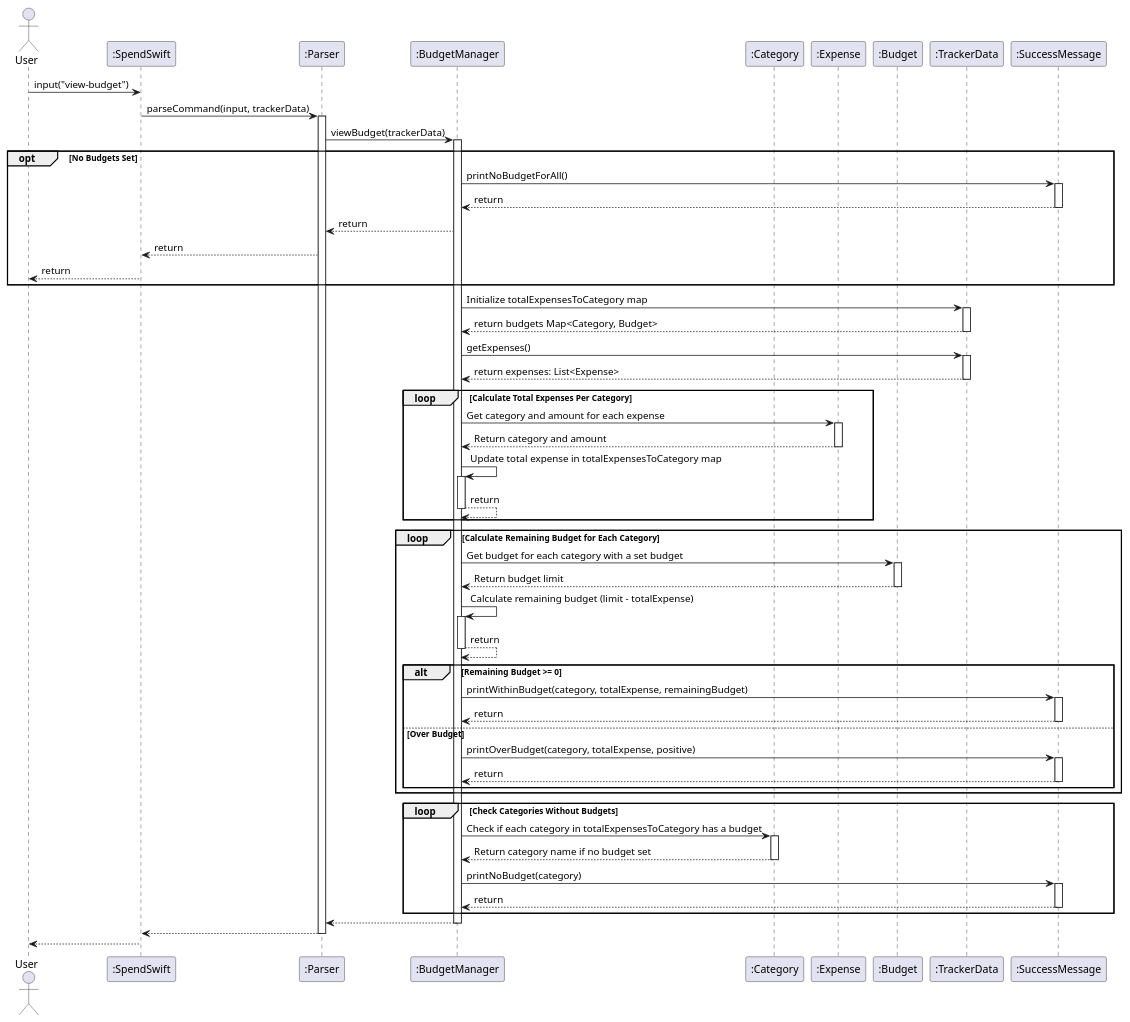
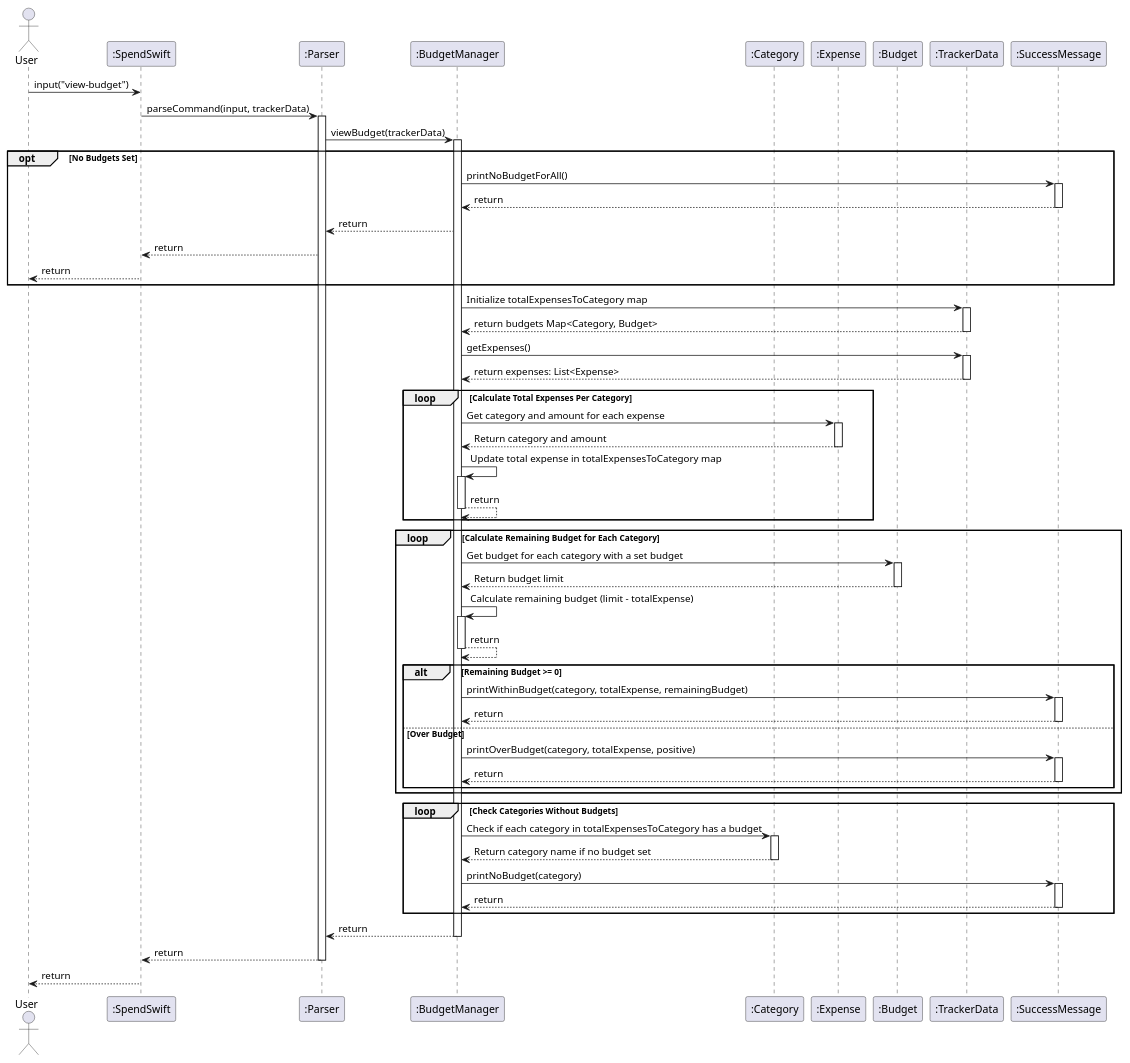
One commit to nus-cs2113-AY2425S1/tp changed the diagram in docs/diagrams/ViewBudget.puml. Above: the diagram before and after it, drawn with PlantUML. The commit also changed 9 other files, not shown here.

Commit message:
Refactor sequence diagrams for consistency

```diff
--- a/docs/diagrams/ViewBudget.puml
+++ b/docs/diagrams/ViewBudget.puml
@@ -1,93 +1,93 @@
 @startuml
 
 actor User
 participant ":SpendSwift" as SpendSwift
 participant ":Parser" as Parser
 participant ":BudgetManager" as BudgetManager
 participant ":Category" as Category
 participant ":Expense" as Expense
 participant ":Budget" as Budget
 participant ":TrackerData" as TrackerData
 participant ":SuccessMessage" as SuccessMessage
 
 User -> SpendSwift : input("view-budget")
 SpendSwift -> Parser : parseCommand(input, trackerData)
 
 activate Parser
 Parser -> BudgetManager : viewBudget(trackerData)
 activate BudgetManager
 
 opt No Budgets Set
     BudgetManager -> SuccessMessage : printNoBudgetForAll()
     activate SuccessMessage
     SuccessMessage --> BudgetManager : return
     deactivate SuccessMessage
     BudgetManager --> Parser : return
     Parser --> SpendSwift : return
     SpendSwift --> User : return
 end
 
     BudgetManager -> TrackerData : Initialize totalExpensesToCategory map
     activate TrackerData
     TrackerData --> BudgetManager : return budgets Map<Category, Budget>
     deactivate TrackerData
 
     BudgetManager -> TrackerData : getExpenses()
     activate TrackerData
     TrackerData --> BudgetManager : return expenses: List<Expense>
     deactivate TrackerData
 
     loop Calculate Total Expenses Per Category
         BudgetManager -> Expense : Get category and amount for each expense
         activate Expense
         Expense --> BudgetManager : Return category and amount
         deactivate Expense
 
         BudgetManager -> BudgetManager : Update total expense in totalExpensesToCategory map
         activate BudgetManager
             BudgetManager --> BudgetManager : return
         deactivate BudgetManager
     end
 
     loop Calculate Remaining Budget for Each Category
         BudgetManager -> Budget : Get budget for each category with a set budget
         activate Budget
         Budget --> BudgetManager : Return budget limit
         deactivate Budget
 
         BudgetManager -> BudgetManager : Calculate remaining budget (limit - totalExpense)
         activate BudgetManager
         BudgetManager --> BudgetManager : return
         deactivate BudgetManager
 
         alt Remaining Budget >= 0
             BudgetManager -> SuccessMessage : printWithinBudget(category, totalExpense, remainingBudget)
             activate SuccessMessage
             SuccessMessage --> BudgetManager : return
             deactivate SuccessMessage
         else Over Budget
             BudgetManager -> SuccessMessage : printOverBudget(category, totalExpense, positive)
             activate SuccessMessage
             SuccessMessage --> BudgetManager : return
             deactivate SuccessMessage
         end
     end
 
     loop Check Categories Without Budgets
         BudgetManager -> Category : Check if each category in totalExpensesToCategory has a budget
         activate Category
         Category --> BudgetManager : Return category name if no budget set
         deactivate Category
 
         BudgetManager -> SuccessMessage : printNoBudget(category)
         activate SuccessMessage
         SuccessMessage --> BudgetManager : return
         deactivate SuccessMessage
     end
-BudgetManager --> Parser
+BudgetManager --> Parser : return
 deactivate BudgetManager
-Parser --> SpendSwift
+Parser --> SpendSwift : return
 deactivate Parser
-SpendSwift --> User
+SpendSwift --> User : return
 deactivate SpendSwift
 @enduml
```
